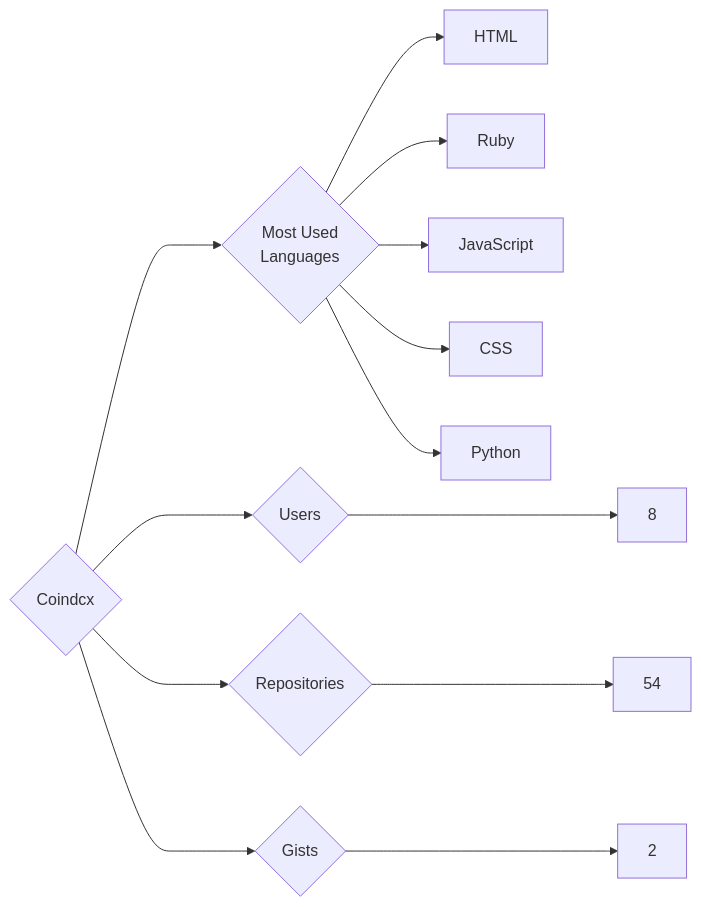
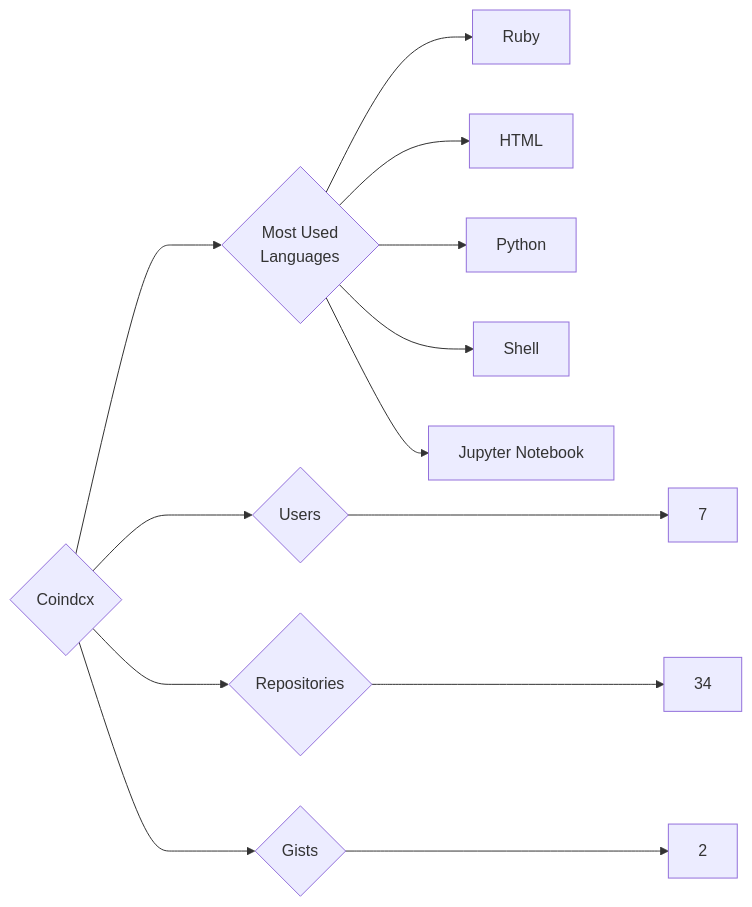
One commit to trickest/insiders changed the diagram in targets/Coindcx/README.md. Above: the diagram before and after it, drawn with Mermaid. The commit also changed 815 other files, not shown here.

````diff
--- a/targets/Coindcx/README.md
+++ b/targets/Coindcx/README.md
@@ -3,13 +3,13 @@
 ```mermaid
 graph LR
 COMPANY_NAME{Coindcx}
-COMPANY_NAME ---> U{Users} ---> UN[8]
-COMPANY_NAME ---> R{Repositories} ---> RN[54]
+COMPANY_NAME ---> U{Users} ---> UN[7]
+COMPANY_NAME ---> R{Repositories} ---> RN[34]
 COMPANY_NAME ---> G{Gists} ---> GN[2]
 COMPANY_NAME ---> ML{Most Used<br>Languages}
+ML --> Ruby[Ruby]
 ML --> HTML[HTML]
-ML --> Ruby[Ruby]
-ML --> JavaScript[JavaScript]
-ML --> CSS[CSS]
 ML --> Python[Python]
+ML --> Shell[Shell]
+ML --> Jupyter_Notebook[Jupyter Notebook]
 ```
````
